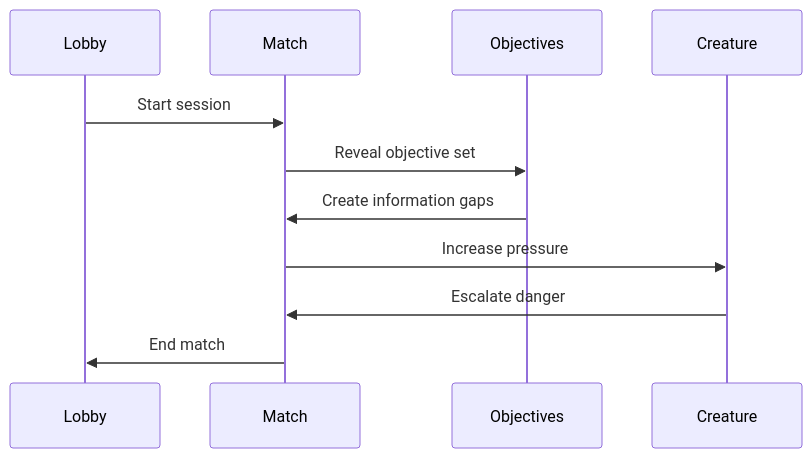
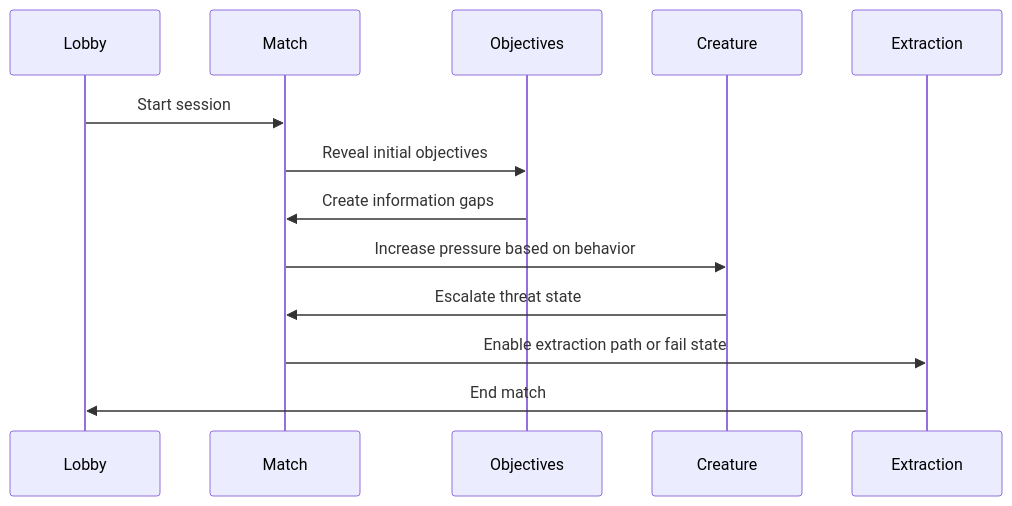
One commit to snehadpatel/QuestBit changed the diagram in Project-Echo/docs/GDD/03 Gameplay Loop.md. Above: the diagram before and after it, drawn with Mermaid. The commit also changed other lines of this file and 2 other files, not shown here.

````diff
--- a/Project-Echo/docs/GDD/03 Gameplay Loop.md
+++ b/Project-Echo/docs/GDD/03 Gameplay Loop.md
@@ -18,13 +82,15 @@
 ```mermaid
 sequenceDiagram
     participant L as Lobby
     participant M as Match
     participant O as Objectives
     participant C as Creature
+    participant E as Extraction
     L->>M: Start session
-    M->>O: Reveal objective set
+    M->>O: Reveal initial objectives
     O->>M: Create information gaps
-    M->>C: Increase pressure
-    C->>M: Escalate danger
-    M->>L: End match
+    M->>C: Increase pressure based on behavior
+    C->>M: Escalate threat state
+    M->>E: Enable extraction path or fail state
+    E->>L: End match
 ```
````
